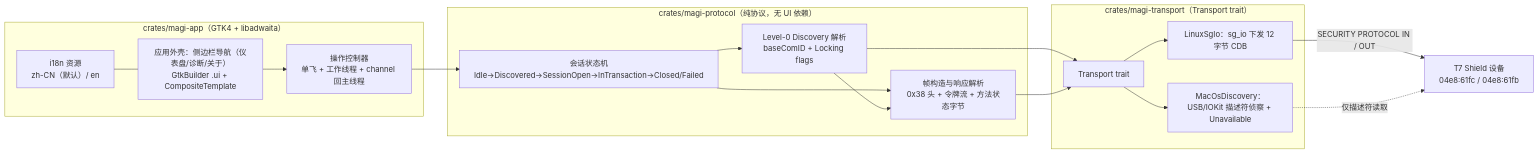
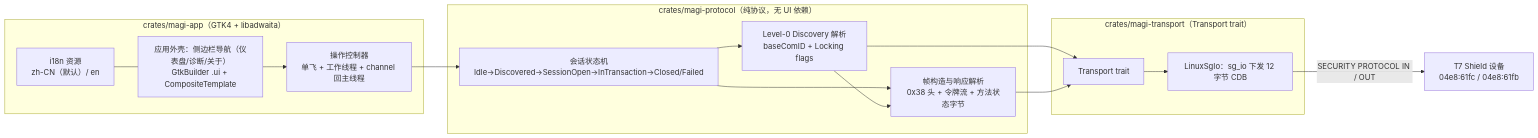
One commit to Rikka-Sei/t7Shield-Magician changed the first of 3 diagrams in docs/specs/t7-magician/spec.md. Above: the diagram before and after it, drawn with Mermaid. The commit also changed other lines of this file and 2 other files, not shown here.

First line of the commit message:
docs(spec): D27 移除 macOS 平台目标，运行平台收敛为仅 Linux

````diff
--- a/docs/specs/t7-magician/spec.md
+++ b/docs/specs/t7-magician/spec.md
@@ -84,31 +85,28 @@
 ```mermaid
 graph LR
     subgraph app["crates/magi-app（GTK4 + libadwaita）"]
         UI["应用外壳：侧边栏导航（仪表盘/诊断/关于）<br/>GtkBuilder .ui + CompositeTemplate"]
         CTL["操作控制器<br/>单飞 + 工作线程 + channel 回主线程"]
         I18N["i18n 资源<br/>zh-CN（默认）/ en"]
     end
     subgraph proto["crates/magi-protocol（纯协议，无 UI 依赖）"]
         DISC["Level-0 Discovery 解析<br/>baseComID + Locking flags"]
         FRAME["帧构造与响应解析<br/>0x38 头 + 令牌流 + 方法状态字节"]
         SM["会话状态机<br/>Idle→Discovered→SessionOpen→InTransaction→Closed/Failed"]
     end
     subgraph tr["crates/magi-transport（Transport trait）"]
         TRT["Transport trait"]
         LIN["LinuxSgIo：sg_io 下发 12 字节 CDB"]
-        MAC["MacOsDiscovery：USB/IOKit 描述符侦察 + Unavailable"]
     end
     DEV["T7 Shield 设备<br/>04e8:61fc / 04e8:61fb"]
     UI --> CTL
     CTL --> SM
     SM --> DISC
     SM --> FRAME
     DISC --> FRAME
     DISC --> TRT
     FRAME --> TRT
     TRT --> LIN
-    TRT --> MAC
     LIN -->|"SECURITY PROTOCOL IN / OUT"| DEV
-    MAC -.->|"仅描述符读取"| DEV
     I18N --- UI
 ```
````
